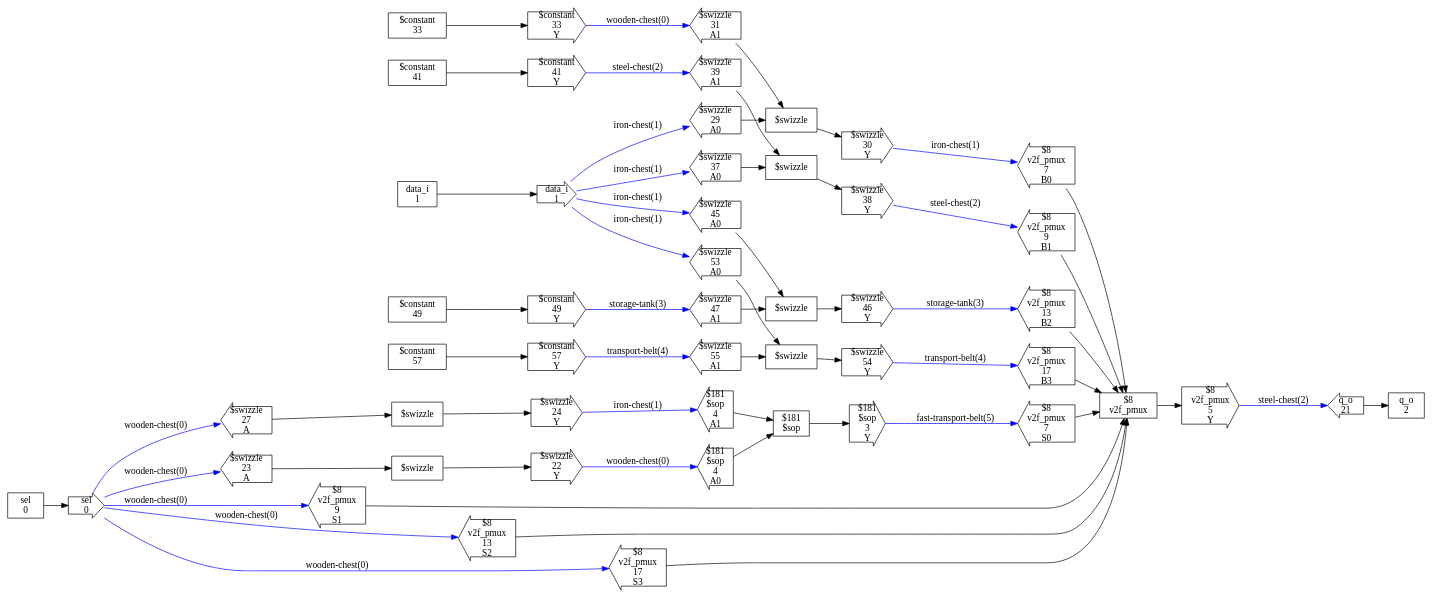
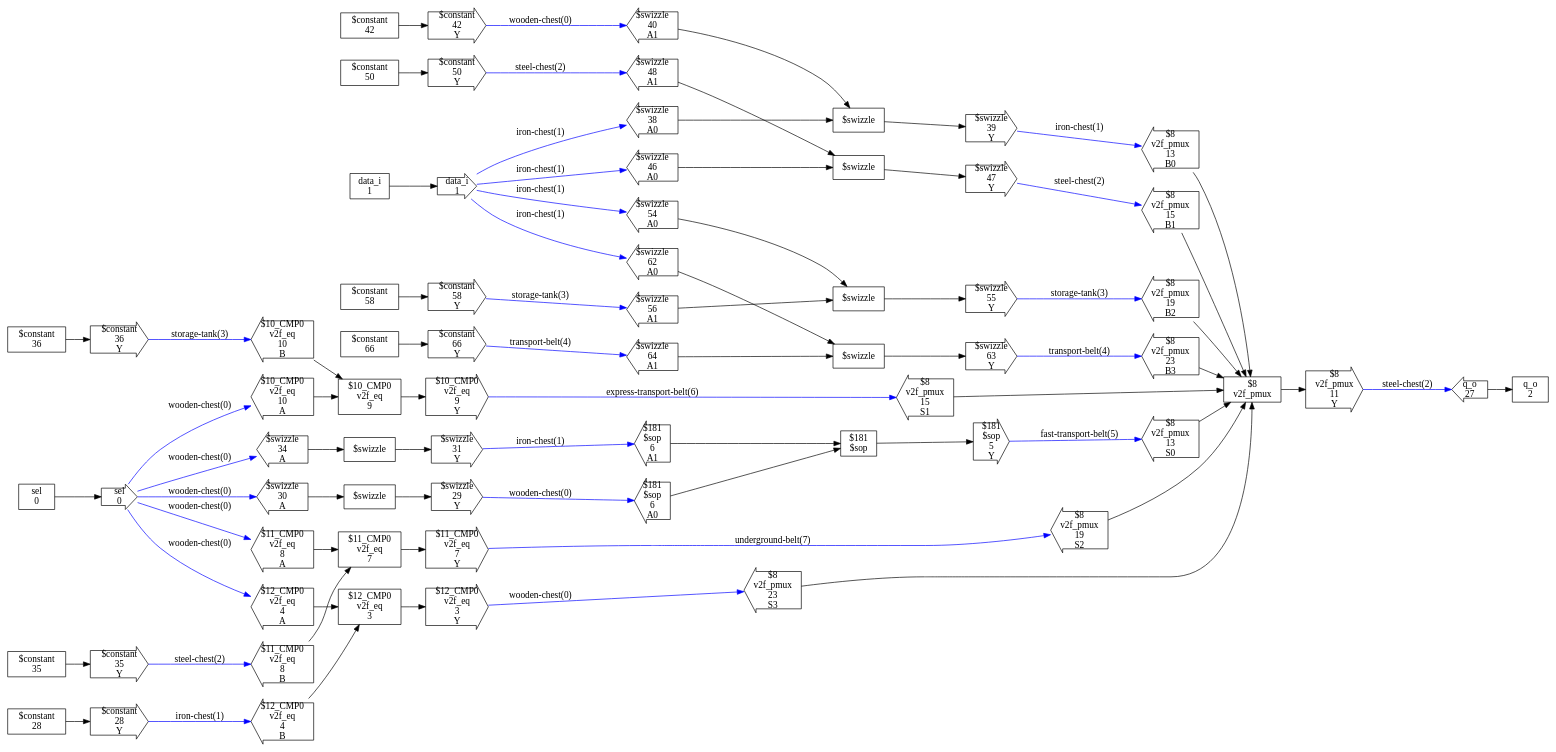
Before and after one commit to ben-j-c/verilog2factorio: the diagram in test_designs/swizzle_pmux/checked_design.dot, drawn with Graphviz. The commit also changed 29 other files, not shown here.

```diff
--- a/test_designs/swizzle_pmux/checked_design.dot
+++ b/test_designs/swizzle_pmux/checked_design.dot
@@ -6,8 +6,17 @@
 1"]
   n2[shape=box,label="q_o
 2"]
+  n3[shape=box,label="$12_CMP0
+v2f_eq
+3"]
   n4[shape=box,label="$181
 $sop"]
+  n5[shape=box,label="$11_CMP0
+v2f_eq
+7"]
+  n6[shape=box,label="$10_CMP0
+v2f_eq
+9"]
   n7[shape=box,label="$8
 v2f_pmux"]
   n8[shape=rarrow,label="sel
@@ -15,146 +24,209 @@
   n9[shape=rarrow,label="data_i
 1"]
   n10[shape=larrow,label="q_o
-21"]
+27"]
+  n11[shape=larrow,label="$12_CMP0
+v2f_eq
+4
+A"]
+  n12[shape=larrow,label="$12_CMP0
+v2f_eq
+4
+B"]
+  n13[shape=rarrow,label="$12_CMP0
+v2f_eq
+3
+Y"]
   n14[shape=larrow,label="$181
 $sop
-4
+6
 A0"]
   n15[shape=larrow,label="$181
 $sop
-4
+6
 A1"]
   n16[shape=rarrow,label="$181
 $sop
-3
+5
+Y"]
+  n17[shape=larrow,label="$11_CMP0
+v2f_eq
+8
+A"]
+  n18[shape=larrow,label="$11_CMP0
+v2f_eq
+8
+B"]
+  n19[shape=rarrow,label="$11_CMP0
+v2f_eq
+7
+Y"]
+  n20[shape=larrow,label="$10_CMP0
+v2f_eq
+10
+A"]
+  n21[shape=larrow,label="$10_CMP0
+v2f_eq
+10
+B"]
+  n22[shape=rarrow,label="$10_CMP0
+v2f_eq
+9
 Y"]
   n23[shape=larrow,label="$8
 v2f_pmux
-7
+13
 B0"]
   n24[shape=larrow,label="$8
 v2f_pmux
-9
+15
 B1"]
   n25[shape=larrow,label="$8
 v2f_pmux
-13
+19
 B2"]
   n26[shape=larrow,label="$8
 v2f_pmux
-17
+23
 B3"]
   n27[shape=larrow,label="$8
 v2f_pmux
-7
+13
 S0"]
   n28[shape=larrow,label="$8
 v2f_pmux
-9
+15
 S1"]
   n29[shape=larrow,label="$8
 v2f_pmux
-13
+19
 S2"]
   n30[shape=larrow,label="$8
 v2f_pmux
-17
+23
 S3"]
   n31[shape=rarrow,label="$8
 v2f_pmux
-5
+11
+Y"]
+  n32[shape=box,label="$constant
+28"]
+  n33[shape=rarrow,label="$constant
+28
 Y"]
   n34[shape=box,label="$swizzle"]
   n35[shape=rarrow,label="$swizzle
-22
+29
 Y"]
   n36[shape=larrow,label="$swizzle
-23
+30
 A"]
   n37[shape=box,label="$swizzle"]
   n38[shape=rarrow,label="$swizzle
-24
+31
 Y"]
   n39[shape=larrow,label="$swizzle
-27
+34
 A"]
+  n40[shape=box,label="$constant
+35"]
+  n41[shape=rarrow,label="$constant
+35
+Y"]
+  n42[shape=box,label="$constant
+36"]
+  n43[shape=rarrow,label="$constant
+36
+Y"]
   n44[shape=box,label="$swizzle"]
   n45[shape=rarrow,label="$swizzle
-30
+39
 Y"]
   n46[shape=larrow,label="$swizzle
-29
+38
 A0"]
   n47[shape=larrow,label="$swizzle
-31
+40
 A1"]
   n48[shape=box,label="$constant
-33"]
+42"]
   n49[shape=rarrow,label="$constant
-33
+42
 Y"]
   n50[shape=box,label="$swizzle"]
   n51[shape=rarrow,label="$swizzle
-38
+47
 Y"]
   n52[shape=larrow,label="$swizzle
-37
+46
 A0"]
   n53[shape=larrow,label="$swizzle
-39
+48
 A1"]
   n54[shape=box,label="$constant
-41"]
+50"]
   n55[shape=rarrow,label="$constant
-41
+50
 Y"]
   n56[shape=box,label="$swizzle"]
   n57[shape=rarrow,label="$swizzle
-46
+55
 Y"]
   n58[shape=larrow,label="$swizzle
-45
+54
 A0"]
   n59[shape=larrow,label="$swizzle
-47
+56
 A1"]
   n60[shape=box,label="$constant
-49"]
+58"]
   n61[shape=rarrow,label="$constant
-49
+58
 Y"]
   n62[shape=box,label="$swizzle"]
   n63[shape=rarrow,label="$swizzle
-54
+63
 Y"]
   n64[shape=larrow,label="$swizzle
-53
+62
 A0"]
   n65[shape=larrow,label="$swizzle
-55
+64
 A1"]
   n66[shape=box,label="$constant
-57"]
+66"]
   n67[shape=rarrow,label="$constant
-57
+66
 Y"]
   n0 -> n8
   n1 -> n9
+  n3 -> n13
   n4 -> n16
+  n5 -> n19
+  n6 -> n22
   n7 -> n31
+  n8 -> n11 [label="wooden-chest(0)",syle=bold,color=blue]
+  n8 -> n17 [label="wooden-chest(0)",syle=bold,color=blue]
+  n8 -> n20 [label="wooden-chest(0)",syle=bold,color=blue]
   n8 -> n36 [label="wooden-chest(0)",syle=bold,color=blue]
   n8 -> n39 [label="wooden-chest(0)",syle=bold,color=blue]
-  n8 -> n28 [label="wooden-chest(0)",syle=bold,color=blue]
-  n8 -> n29 [label="wooden-chest(0)",syle=bold,color=blue]
-  n8 -> n30 [label="wooden-chest(0)",syle=bold,color=blue]
   n9 -> n46 [label="iron-chest(1)",syle=bold,color=blue]
   n9 -> n52 [label="iron-chest(1)",syle=bold,color=blue]
   n9 -> n58 [label="iron-chest(1)",syle=bold,color=blue]
   n9 -> n64 [label="iron-chest(1)",syle=bold,color=blue]
   n10 -> n2
+  n11 -> n3
+  n12 -> n3
+  n13 -> n30 [label="wooden-chest(0)",syle=bold,color=blue]
   n14 -> n4
   n15 -> n4
   n16 -> n27 [label="fast-transport-belt(5)",syle=bold,color=blue]
+  n17 -> n5
+  n18 -> n5
+  n19 -> n29 [label="underground-belt(7)",syle=bold,color=blue]
+  n20 -> n6
+  n21 -> n6
+  n22 -> n28 [label="express-transport-belt(6)",syle=bold,color=blue]
   n23 -> n7
   n24 -> n7
   n25 -> n7
@@ -164,12 +236,18 @@
   n29 -> n7
   n30 -> n7
   n31 -> n10 [label="steel-chest(2)",syle=bold,color=blue]
+  n32 -> n33
+  n33 -> n12 [label="iron-chest(1)",syle=bold,color=blue]
   n34 -> n35
   n35 -> n14 [label="wooden-chest(0)",syle=bold,color=blue]
   n36 -> n34
   n37 -> n38
   n38 -> n15 [label="iron-chest(1)",syle=bold,color=blue]
   n39 -> n37
+  n40 -> n41
+  n41 -> n18 [label="steel-chest(2)",syle=bold,color=blue]
+  n42 -> n43
+  n43 -> n21 [label="storage-tank(3)",syle=bold,color=blue]
   n44 -> n45
   n45 -> n23 [label="iron-chest(1)",syle=bold,color=blue]
   n46 -> n44
```
